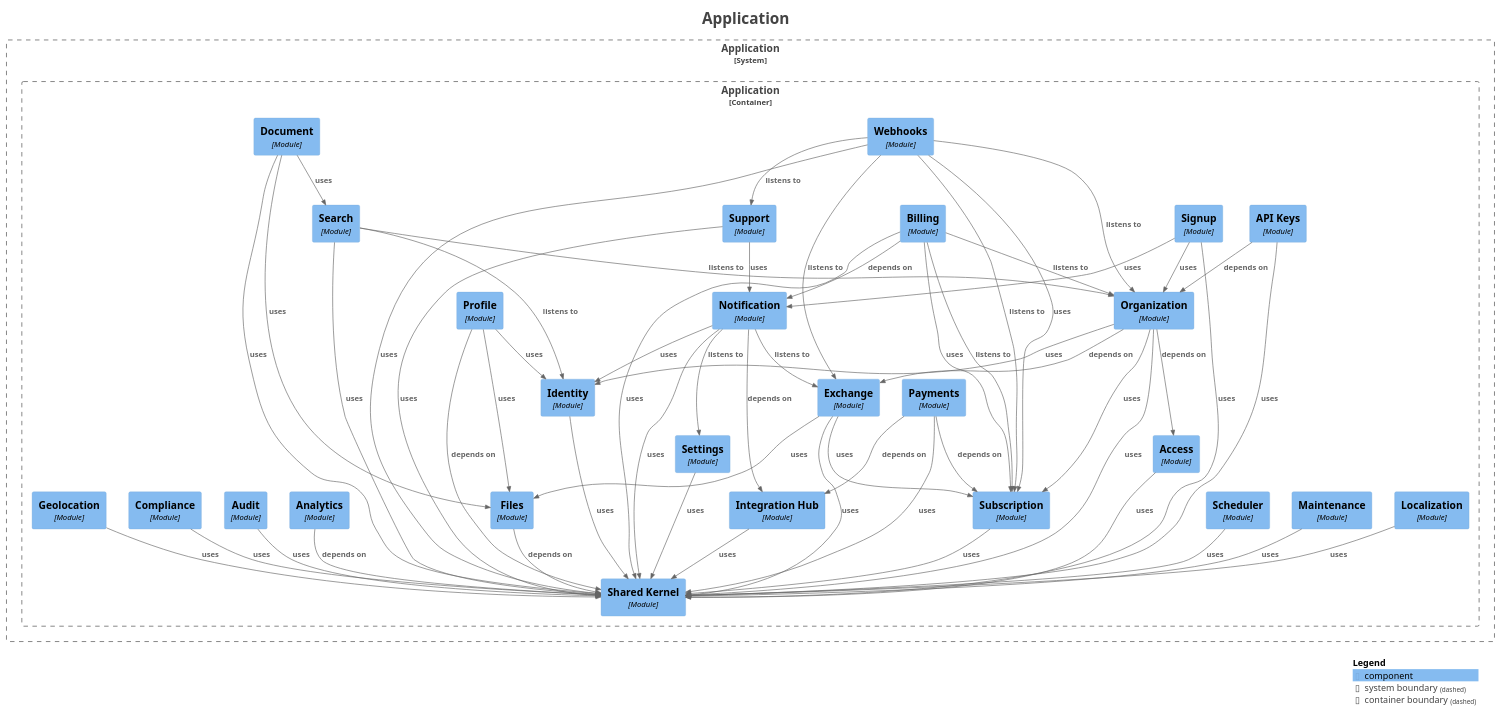
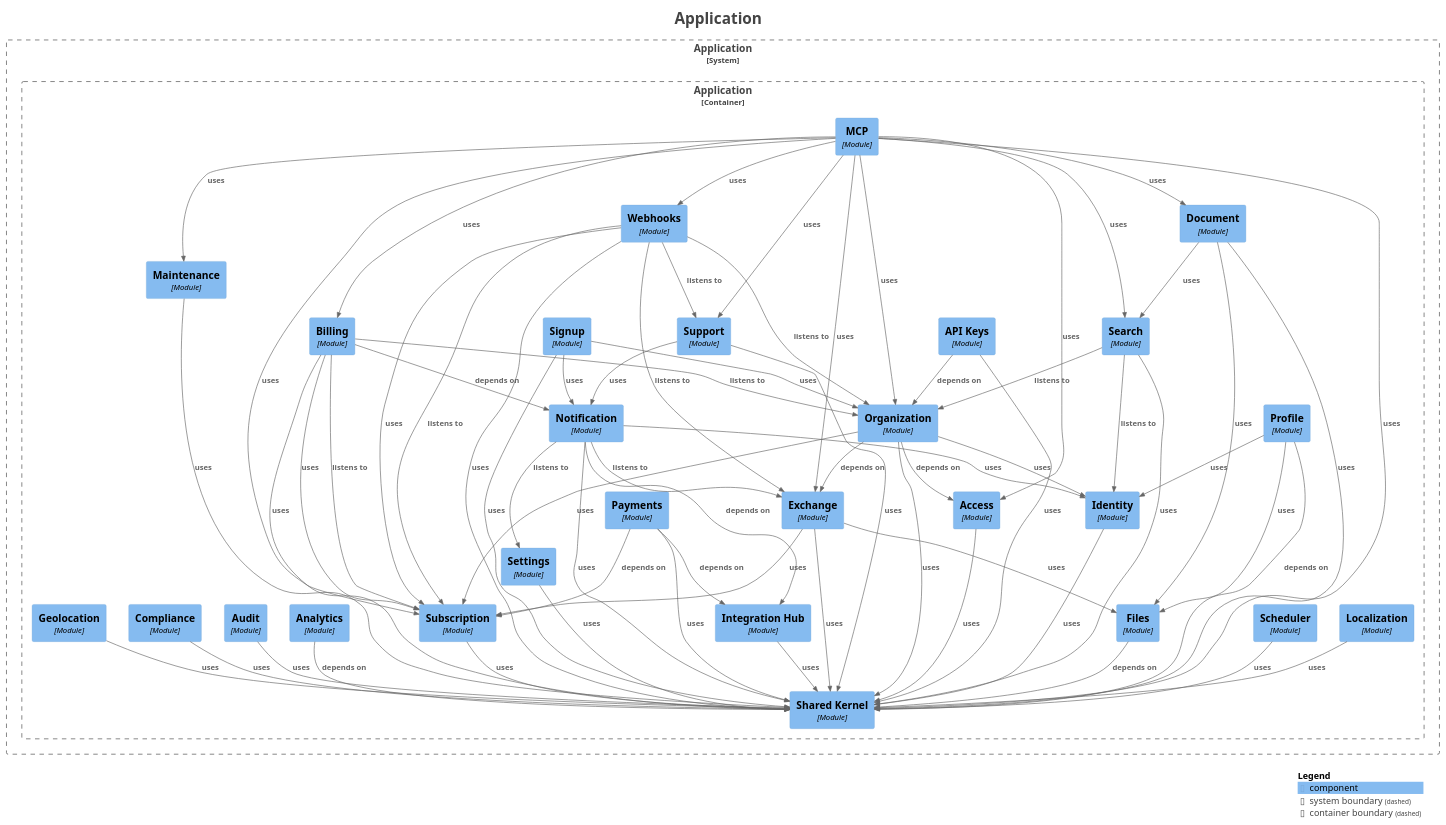
One commit to Paul-Ayesiga/enterprise-modulith-template changed the diagram in docs/modulith/components.puml. Above: the diagram before and after it, drawn with PlantUML. The commit also changed 132 other files, not shown here.

```diff
--- a/docs/modulith/components.puml
+++ b/docs/modulith/components.puml
@@ -36,6 +36,7 @@
     Component(Application.Application.Support, "Support", $techn="Module", $descr="", $tags="", $link="")
     Component(Application.Application.Document, "Document", $techn="Module", $descr="", $tags="", $link="")
     Component(Application.Application.Webhooks, "Webhooks", $techn="Module", $descr="", $tags="", $link="")
+    Component(Application.Application.MCP, "MCP", $techn="Module", $descr="", $tags="", $link="")
     Component(Application.Application.SharedKernel, "Shared Kernel", $techn="Module", $descr="", $tags="", $link="")
     Component(Application.Application.Access, "Access", $techn="Module", $descr="", $tags="", $link="")
     Component(Application.Application.Analytics, "Analytics", $techn="Module", $descr="", $tags="", $link="")
@@ -47,62 +48,73 @@
 
 }
 
+Rel(Application.Application.Scheduler, Application.Application.SharedKernel, "uses", $techn="", $tags="", $link="")
+Rel(Application.Application.Access, Application.Application.SharedKernel, "uses", $techn="", $tags="", $link="")
+Rel(Application.Application.Files, Application.Application.SharedKernel, "depends on", $techn="", $tags="", $link="")
+Rel(Application.Application.Identity, Application.Application.SharedKernel, "uses", $techn="", $tags="", $link="")
+Rel(Application.Application.Search, Application.Application.Organization, "listens to", $techn="", $tags="", $link="")
+Rel(Application.Application.Search, Application.Application.Identity, "listens to", $techn="", $tags="", $link="")
+Rel(Application.Application.Search, Application.Application.SharedKernel, "uses", $techn="", $tags="", $link="")
+Rel(Application.Application.Organization, Application.Application.Access, "depends on", $techn="", $tags="", $link="")
+Rel(Application.Application.Organization, Application.Application.Exchange, "depends on", $techn="", $tags="", $link="")
+Rel(Application.Application.Organization, Application.Application.Identity, "uses", $techn="", $tags="", $link="")
+Rel(Application.Application.Organization, Application.Application.SharedKernel, "uses", $techn="", $tags="", $link="")
+Rel(Application.Application.Organization, Application.Application.Subscription, "uses", $techn="", $tags="", $link="")
+Rel(Application.Application.Subscription, Application.Application.SharedKernel, "uses", $techn="", $tags="", $link="")
+Rel(Application.Application.Notification, Application.Application.Exchange, "listens to", $techn="", $tags="", $link="")
+Rel(Application.Application.Notification, Application.Application.Settings, "listens to", $techn="", $tags="", $link="")
+Rel(Application.Application.Notification, Application.Application.IntegrationHub, "depends on", $techn="", $tags="", $link="")
+Rel(Application.Application.Notification, Application.Application.SharedKernel, "uses", $techn="", $tags="", $link="")
+Rel(Application.Application.Notification, Application.Application.Identity, "uses", $techn="", $tags="", $link="")
+Rel(Application.Application.Geolocation, Application.Application.SharedKernel, "uses", $techn="", $tags="", $link="")
+Rel(Application.Application.APIKeys, Application.Application.Organization, "depends on", $techn="", $tags="", $link="")
+Rel(Application.Application.APIKeys, Application.Application.SharedKernel, "uses", $techn="", $tags="", $link="")
+Rel(Application.Application.Exchange, Application.Application.Files, "uses", $techn="", $tags="", $link="")
+Rel(Application.Application.Exchange, Application.Application.SharedKernel, "uses", $techn="", $tags="", $link="")
+Rel(Application.Application.Exchange, Application.Application.Subscription, "uses", $techn="", $tags="", $link="")
+Rel(Application.Application.Compliance, Application.Application.SharedKernel, "uses", $techn="", $tags="", $link="")
+Rel(Application.Application.Document, Application.Application.Files, "uses", $techn="", $tags="", $link="")
+Rel(Application.Application.Document, Application.Application.Search, "uses", $techn="", $tags="", $link="")
+Rel(Application.Application.Document, Application.Application.SharedKernel, "uses", $techn="", $tags="", $link="")
+Rel(Application.Application.Settings, Application.Application.SharedKernel, "uses", $techn="", $tags="", $link="")
+Rel(Application.Application.MCP, Application.Application.SharedKernel, "uses", $techn="", $tags="", $link="")
+Rel(Application.Application.MCP, Application.Application.Webhooks, "uses", $techn="", $tags="", $link="")
+Rel(Application.Application.MCP, Application.Application.Access, "uses", $techn="", $tags="", $link="")
+Rel(Application.Application.MCP, Application.Application.Maintenance, "uses", $techn="", $tags="", $link="")
+Rel(Application.Application.MCP, Application.Application.Subscription, "uses", $techn="", $tags="", $link="")
+Rel(Application.Application.MCP, Application.Application.Document, "uses", $techn="", $tags="", $link="")
+Rel(Application.Application.MCP, Application.Application.Exchange, "uses", $techn="", $tags="", $link="")
+Rel(Application.Application.MCP, Application.Application.Organization, "uses", $techn="", $tags="", $link="")
+Rel(Application.Application.MCP, Application.Application.Search, "uses", $techn="", $tags="", $link="")
+Rel(Application.Application.MCP, Application.Application.Billing, "uses", $techn="", $tags="", $link="")
+Rel(Application.Application.MCP, Application.Application.Support, "uses", $techn="", $tags="", $link="")
+Rel(Application.Application.Payments, Application.Application.IntegrationHub, "depends on", $techn="", $tags="", $link="")
+Rel(Application.Application.Payments, Application.Application.Subscription, "depends on", $techn="", $tags="", $link="")
+Rel(Application.Application.Payments, Application.Application.SharedKernel, "uses", $techn="", $tags="", $link="")
+Rel(Application.Application.Profile, Application.Application.SharedKernel, "depends on", $techn="", $tags="", $link="")
+Rel(Application.Application.Profile, Application.Application.Identity, "uses", $techn="", $tags="", $link="")
+Rel(Application.Application.Profile, Application.Application.Files, "uses", $techn="", $tags="", $link="")
 Rel(Application.Application.Billing, Application.Application.Subscription, "listens to", $techn="", $tags="", $link="")
 Rel(Application.Application.Billing, Application.Application.Organization, "listens to", $techn="", $tags="", $link="")
 Rel(Application.Application.Billing, Application.Application.Notification, "depends on", $techn="", $tags="", $link="")
 Rel(Application.Application.Billing, Application.Application.Subscription, "uses", $techn="", $tags="", $link="")
 Rel(Application.Application.Billing, Application.Application.SharedKernel, "uses", $techn="", $tags="", $link="")
-Rel(Application.Application.Geolocation, Application.Application.SharedKernel, "uses", $techn="", $tags="", $link="")
-Rel(Application.Application.Payments, Application.Application.IntegrationHub, "depends on", $techn="", $tags="", $link="")
-Rel(Application.Application.Payments, Application.Application.Subscription, "depends on", $techn="", $tags="", $link="")
-Rel(Application.Application.Payments, Application.Application.SharedKernel, "uses", $techn="", $tags="", $link="")
-Rel(Application.Application.Access, Application.Application.SharedKernel, "uses", $techn="", $tags="", $link="")
-Rel(Application.Application.Files, Application.Application.SharedKernel, "depends on", $techn="", $tags="", $link="")
-Rel(Application.Application.Search, Application.Application.Organization, "listens to", $techn="", $tags="", $link="")
-Rel(Application.Application.Search, Application.Application.Identity, "listens to", $techn="", $tags="", $link="")
-Rel(Application.Application.Search, Application.Application.SharedKernel, "uses", $techn="", $tags="", $link="")
-Rel(Application.Application.Document, Application.Application.Files, "uses", $techn="", $tags="", $link="")
-Rel(Application.Application.Document, Application.Application.Search, "uses", $techn="", $tags="", $link="")
-Rel(Application.Application.Document, Application.Application.SharedKernel, "uses", $techn="", $tags="", $link="")
+Rel(Application.Application.IntegrationHub, Application.Application.SharedKernel, "uses", $techn="", $tags="", $link="")
 Rel(Application.Application.Maintenance, Application.Application.SharedKernel, "uses", $techn="", $tags="", $link="")
+Rel(Application.Application.Webhooks, Application.Application.Organization, "listens to", $techn="", $tags="", $link="")
+Rel(Application.Application.Webhooks, Application.Application.Exchange, "listens to", $techn="", $tags="", $link="")
+Rel(Application.Application.Webhooks, Application.Application.Support, "listens to", $techn="", $tags="", $link="")
+Rel(Application.Application.Webhooks, Application.Application.Subscription, "listens to", $techn="", $tags="", $link="")
+Rel(Application.Application.Webhooks, Application.Application.SharedKernel, "uses", $techn="", $tags="", $link="")
+Rel(Application.Application.Webhooks, Application.Application.Subscription, "uses", $techn="", $tags="", $link="")
+Rel(Application.Application.Analytics, Application.Application.SharedKernel, "depends on", $techn="", $tags="", $link="")
+Rel(Application.Application.Support, Application.Application.Notification, "uses", $techn="", $tags="", $link="")
+Rel(Application.Application.Support, Application.Application.SharedKernel, "uses", $techn="", $tags="", $link="")
 Rel(Application.Application.Audit, Application.Application.SharedKernel, "uses", $techn="", $tags="", $link="")
+Rel(Application.Application.Localization, Application.Application.SharedKernel, "uses", $techn="", $tags="", $link="")
 Rel(Application.Application.Signup, Application.Application.Organization, "uses", $techn="", $tags="", $link="")
 Rel(Application.Application.Signup, Application.Application.Notification, "uses", $techn="", $tags="", $link="")
 Rel(Application.Application.Signup, Application.Application.SharedKernel, "uses", $techn="", $tags="", $link="")
-Rel(Application.Application.Compliance, Application.Application.SharedKernel, "uses", $techn="", $tags="", $link="")
-Rel(Application.Application.Webhooks, Application.Application.Subscription, "listens to", $techn="", $tags="", $link="")
-Rel(Application.Application.Webhooks, Application.Application.Organization, "listens to", $techn="", $tags="", $link="")
-Rel(Application.Application.Webhooks, Application.Application.Exchange, "listens to", $techn="", $tags="", $link="")
-Rel(Application.Application.Webhooks, Application.Application.Support, "listens to", $techn="", $tags="", $link="")
-Rel(Application.Application.Webhooks, Application.Application.SharedKernel, "uses", $techn="", $tags="", $link="")
-Rel(Application.Application.Webhooks, Application.Application.Subscription, "uses", $techn="", $tags="", $link="")
-Rel(Application.Application.Organization, Application.Application.Access, "depends on", $techn="", $tags="", $link="")
-Rel(Application.Application.Organization, Application.Application.Exchange, "depends on", $techn="", $tags="", $link="")
-Rel(Application.Application.Organization, Application.Application.Identity, "uses", $techn="", $tags="", $link="")
-Rel(Application.Application.Organization, Application.Application.SharedKernel, "uses", $techn="", $tags="", $link="")
-Rel(Application.Application.Organization, Application.Application.Subscription, "uses", $techn="", $tags="", $link="")
-Rel(Application.Application.Identity, Application.Application.SharedKernel, "uses", $techn="", $tags="", $link="")
-Rel(Application.Application.Notification, Application.Application.Exchange, "listens to", $techn="", $tags="", $link="")
-Rel(Application.Application.Notification, Application.Application.Settings, "listens to", $techn="", $tags="", $link="")
-Rel(Application.Application.Notification, Application.Application.IntegrationHub, "depends on", $techn="", $tags="", $link="")
-Rel(Application.Application.Notification, Application.Application.SharedKernel, "uses", $techn="", $tags="", $link="")
-Rel(Application.Application.Notification, Application.Application.Identity, "uses", $techn="", $tags="", $link="")
-Rel(Application.Application.IntegrationHub, Application.Application.SharedKernel, "uses", $techn="", $tags="", $link="")
-Rel(Application.Application.Analytics, Application.Application.SharedKernel, "depends on", $techn="", $tags="", $link="")
-Rel(Application.Application.Subscription, Application.Application.SharedKernel, "uses", $techn="", $tags="", $link="")
-Rel(Application.Application.Support, Application.Application.Notification, "uses", $techn="", $tags="", $link="")
-Rel(Application.Application.Support, Application.Application.SharedKernel, "uses", $techn="", $tags="", $link="")
-Rel(Application.Application.APIKeys, Application.Application.Organization, "depends on", $techn="", $tags="", $link="")
-Rel(Application.Application.APIKeys, Application.Application.SharedKernel, "uses", $techn="", $tags="", $link="")
-Rel(Application.Application.Localization, Application.Application.SharedKernel, "uses", $techn="", $tags="", $link="")
-Rel(Application.Application.Settings, Application.Application.SharedKernel, "uses", $techn="", $tags="", $link="")
-Rel(Application.Application.Exchange, Application.Application.Files, "uses", $techn="", $tags="", $link="")
-Rel(Application.Application.Exchange, Application.Application.SharedKernel, "uses", $techn="", $tags="", $link="")
-Rel(Application.Application.Exchange, Application.Application.Subscription, "uses", $techn="", $tags="", $link="")
-Rel(Application.Application.Scheduler, Application.Application.SharedKernel, "uses", $techn="", $tags="", $link="")
-Rel(Application.Application.Profile, Application.Application.SharedKernel, "depends on", $techn="", $tags="", $link="")
-Rel(Application.Application.Profile, Application.Application.Identity, "uses", $techn="", $tags="", $link="")
-Rel(Application.Application.Profile, Application.Application.Files, "uses", $techn="", $tags="", $link="")
 
 SHOW_LEGEND(true)
 hide stereotypes
```
